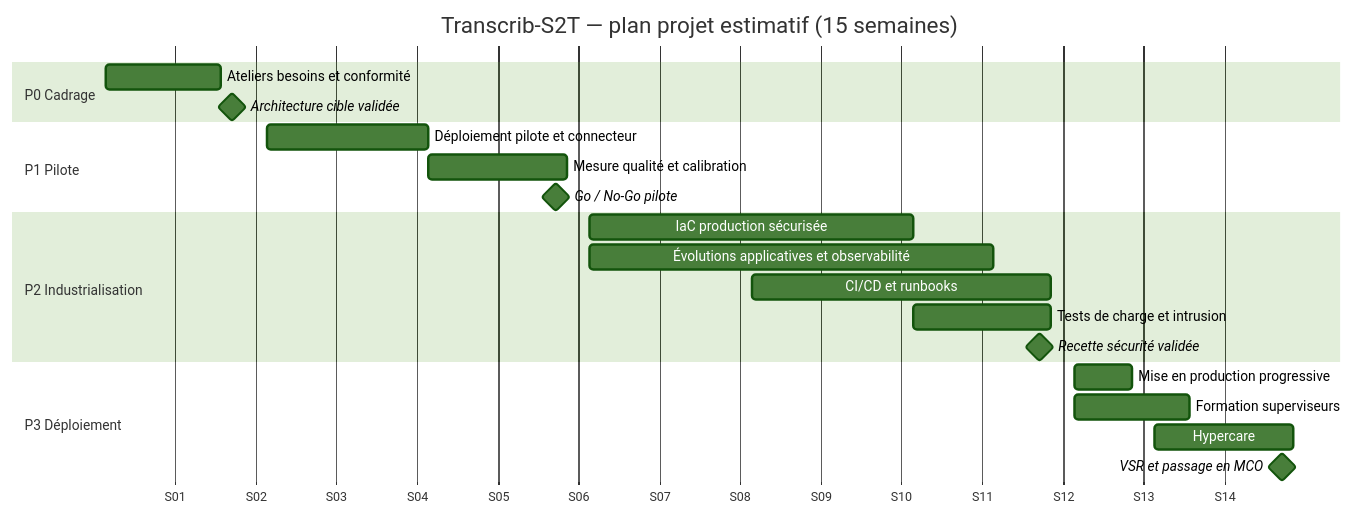
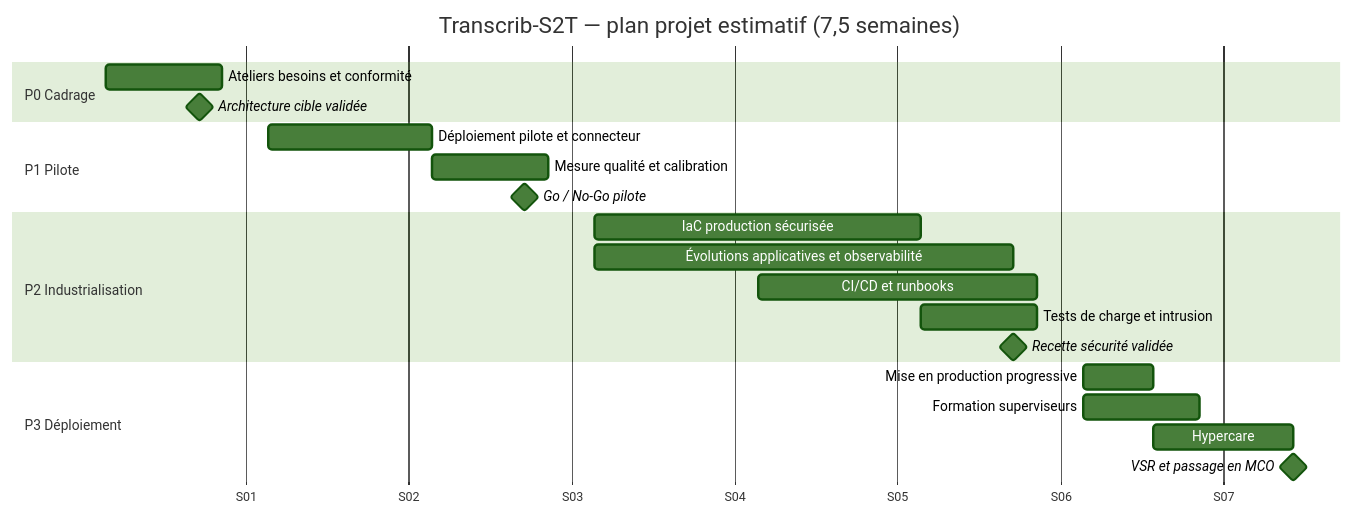
One commit to frkim/Transcrib-S2T changed the second of 3 diagrams in docs/dossier-projet.md. Above: the diagram before and after it, drawn with Mermaid (forest theme). The commit also changed other lines of this file and 3 other files, not shown here.

First line of the commit message:
docs: Mermaid architecture diagram and halved project timeline (7.5 weeks)

````diff
--- a/docs/dossier-projet.md
+++ b/docs/dossier-projet.md
@@ -225,28 +227,28 @@
 ```mermaid
 gantt
-    title Transcrib-S2T — plan projet estimatif (15 semaines)
+    title Transcrib-S2T — plan projet estimatif (7,5 semaines)
     dateFormat YYYY-MM-DD
     axisFormat S%W
 
     section P0 Cadrage
-    Ateliers besoins et conformité          :p0a, 2027-01-04, 10d
-    Architecture cible validée              :milestone, m1, 2027-01-15, 0d
+    Ateliers besoins et conformité          :p0a, 2027-01-04, 5d
+    Architecture cible validée              :milestone, m1, 2027-01-08, 0d
 
     section P1 Pilote
-    Déploiement pilote et connecteur        :p1a, 2027-01-18, 14d
-    Mesure qualité et calibration           :p1b, 2027-02-01, 12d
-    Go / No-Go pilote                       :milestone, m2, 2027-02-12, 0d
+    Déploiement pilote et connecteur        :p1a, 2027-01-11, 7d
+    Mesure qualité et calibration           :p1b, 2027-01-18, 5d
+    Go / No-Go pilote                       :milestone, m2, 2027-01-22, 0d
 
     section P2 Industrialisation
-    IaC production sécurisée                :p2a, 2027-02-15, 28d
-    Évolutions applicatives et observabilité:p2b, 2027-02-15, 35d
-    CI/CD et runbooks                       :p2c, 2027-03-01, 26d
-    Tests de charge et intrusion            :p2d, 2027-03-15, 12d
-    Recette sécurité validée                :milestone, m3, 2027-03-26, 0d
+    IaC production sécurisée                :p2a, 2027-01-25, 14d
+    Évolutions applicatives et observabilité:p2b, 2027-01-25, 18d
+    CI/CD et runbooks                       :p2c, 2027-02-01, 12d
+    Tests de charge et intrusion            :p2d, 2027-02-08, 5d
+    Recette sécurité validée                :milestone, m3, 2027-02-12, 0d
 
     section P3 Déploiement
-    Mise en production progressive          :p3a, 2027-03-29, 5d
-    Formation superviseurs                  :p3b, 2027-03-29, 10d
-    Hypercare                               :p3c, 2027-04-05, 12d
-    VSR et passage en MCO                   :milestone, m4, 2027-04-16, 0d
+    Mise en production progressive          :p3a, 2027-02-15, 3d
+    Formation superviseurs                  :p3b, 2027-02-15, 5d
+    Hypercare                               :p3c, 2027-02-18, 6d
+    VSR et passage en MCO                   :milestone, m4, 2027-02-24, 0d
 ```
````
